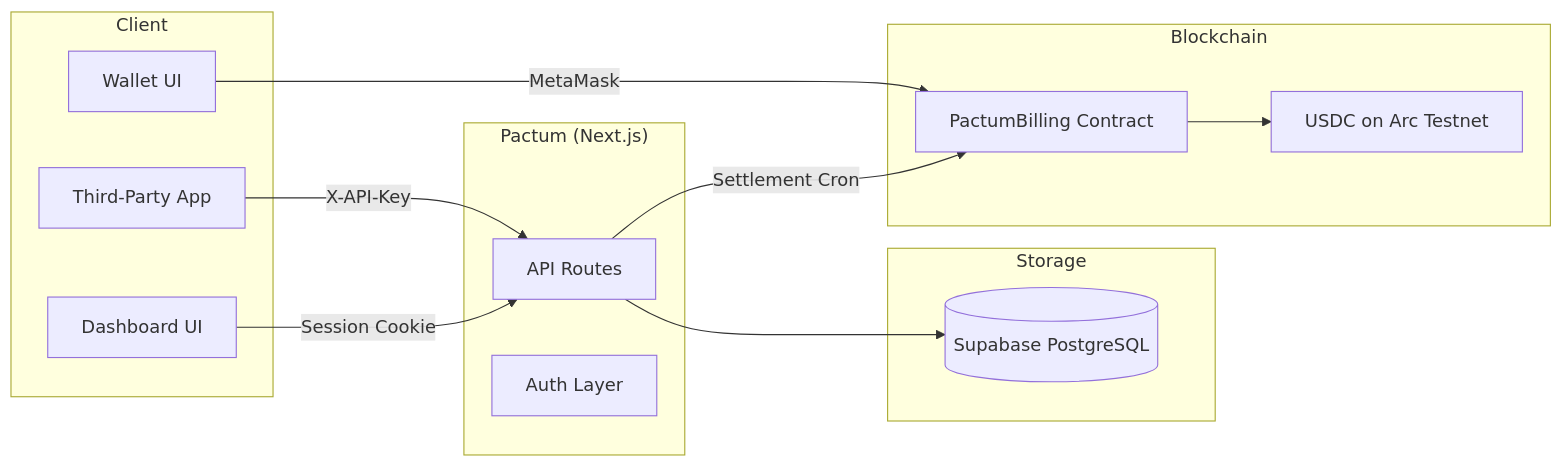
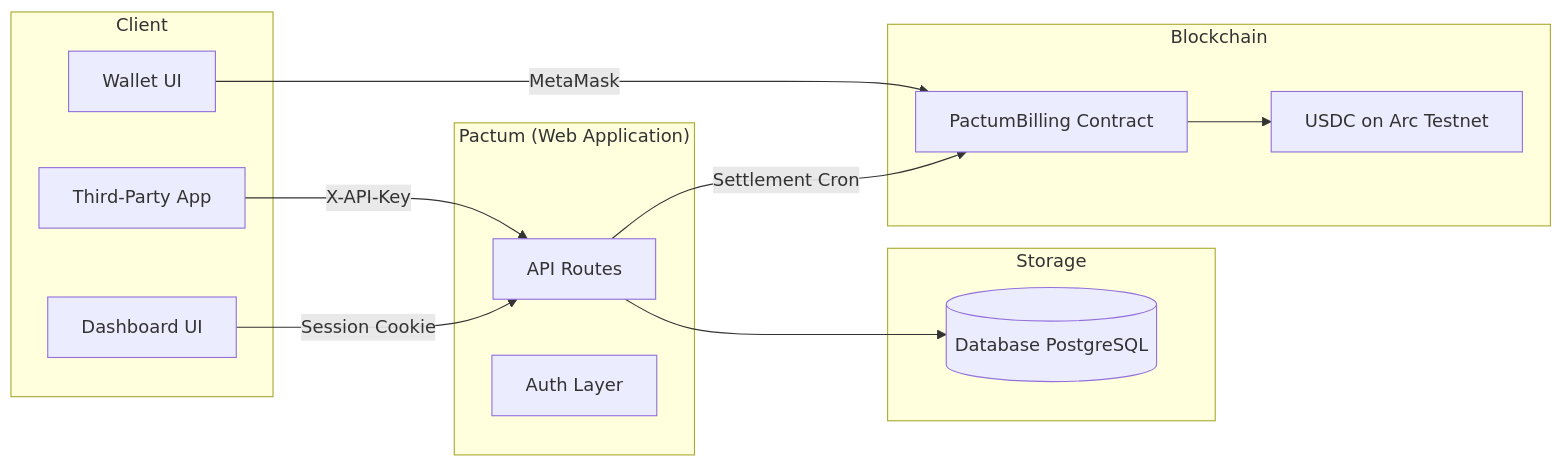
Before and after one commit to rizkygm23/pactum: the diagram in docs/README.md, drawn with Mermaid. The commit also changed 12 other files, not shown here.

````diff
--- a/docs/README.md
+++ b/docs/README.md
@@ -24,29 +24,29 @@
 ```mermaid
 flowchart LR
     subgraph Client
         A[Third-Party App]
         B[Dashboard UI]
         C[Wallet UI]
     end
 
-    subgraph Pactum["Pactum (Next.js)"]
+    subgraph Pactum["Pactum (Web Application)"]
         D[API Routes]
         E[Auth Layer]
     end
 
     subgraph Storage
-        F[(Supabase PostgreSQL)]
+        F[(Database PostgreSQL)]
     end
 
     subgraph Blockchain
         G[PactumBilling Contract]
         H[USDC on Arc Testnet]
     end
 
     A -- "X-API-Key" --> D
     B -- "Session Cookie" --> D
     C -- "MetaMask" --> G
     D --> F
     D -- "Settlement Cron" --> G
     G --> H
 ```
````
